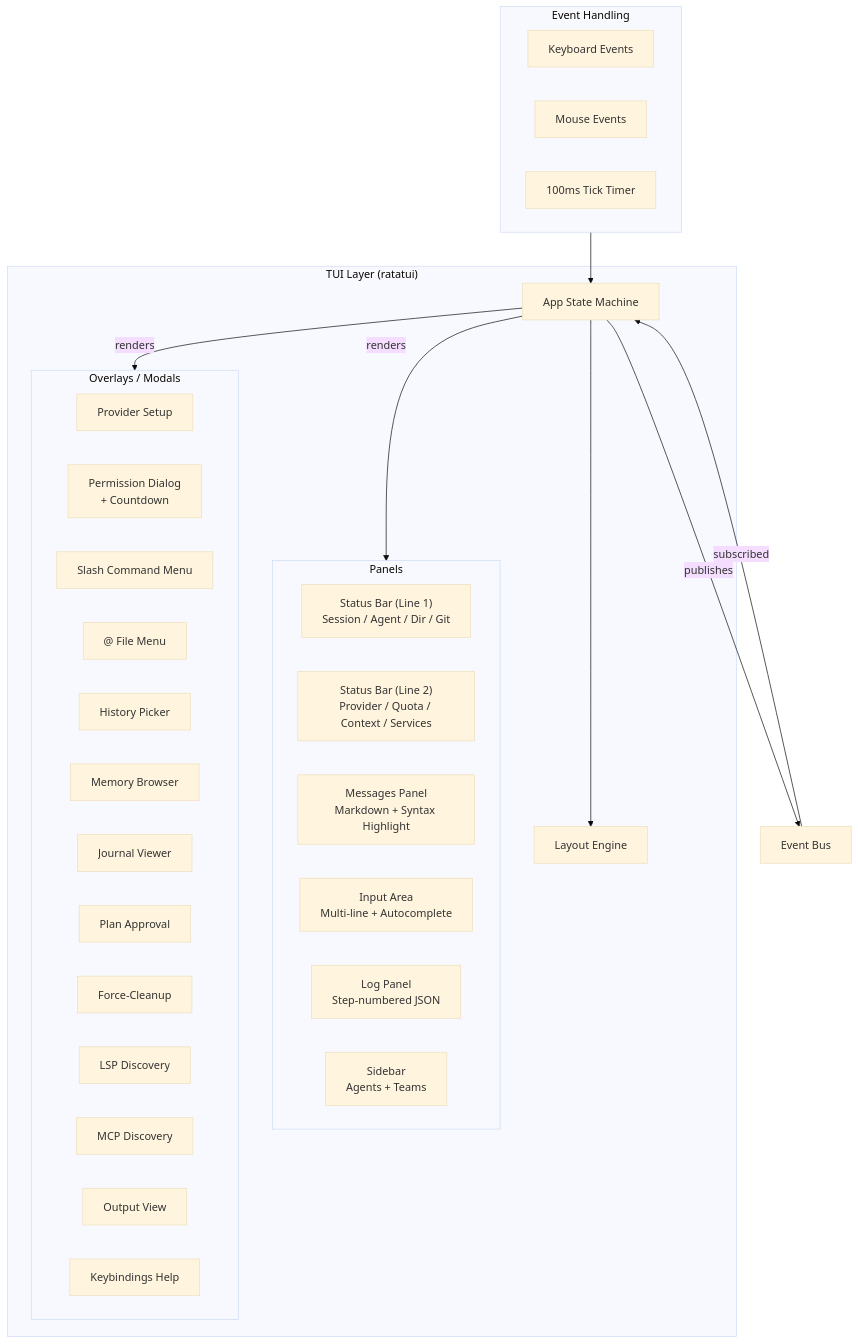
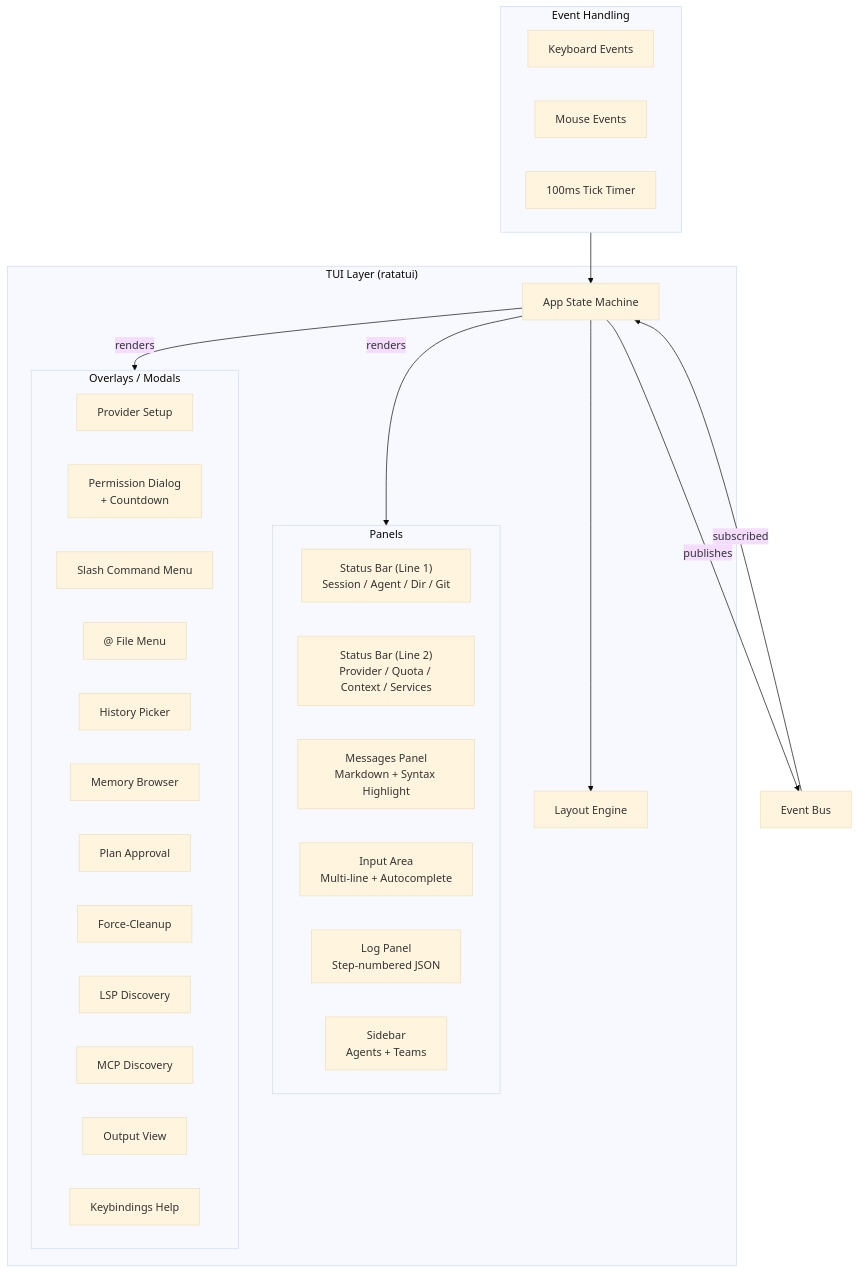
One commit to thawkins/ragent changed the eighth of 14 diagrams in SPEC.md. Above: the diagram before and after it, drawn with Mermaid (base theme). The commit also changed other lines of this file and 54 other files, not shown here.

````diff
--- a/SPEC.md
+++ b/SPEC.md
@@ -1315,44 +1293,43 @@
 ```mermaid
 graph TB
     subgraph TUILayer["TUI Layer (ratatui)"]
         App["App State Machine"]
         App --> Layout["Layout Engine"]
         
         subgraph Panels["Panels"]
             StatusBar1["Status Bar (Line 1)\nSession / Agent / Dir / Git"]
             StatusBar2["Status Bar (Line 2)\nProvider / Quota / Context / Services"]
             Messages["Messages Panel\nMarkdown + Syntax Highlight"]
             Input["Input Area\nMulti-line + Autocomplete"]
             LogPanel["Log Panel\nStep-numbered JSON"]
             Sidebar["Sidebar\nAgents + Teams"]
         end
         
         subgraph Overlays["Overlays / Modals"]
             ProviderSetup["Provider Setup"]
             PermissionDlg["Permission Dialog\n+ Countdown"]
             SlashMenu["Slash Command Menu"]
             FileMenu["@ File Menu"]
             HistoryPicker["History Picker"]
             MemoryBrowser["Memory Browser"]
-            JournalViewer["Journal Viewer"]
             PlanApproval["Plan Approval"]
             ForceCleanup["Force-Cleanup"]
             LSPDiscovery["LSP Discovery"]
             MCPDiscovery["MCP Discovery"]
             OutputView["Output View"]
             Keybindings["Keybindings Help"]
         end
     end
 
     subgraph EventHandling["Event Handling"]
         KeyEvents["Keyboard Events"]
         MouseEvents["Mouse Events"]
         Tick["100ms Tick Timer"]
     end
 
     EventHandling --> App
     App -- renders --> Panels
     App -- renders --> Overlays
     App -- publishes --> EventBus["Event Bus"]
     EventBus -- subscribed --> App
 ```
````
